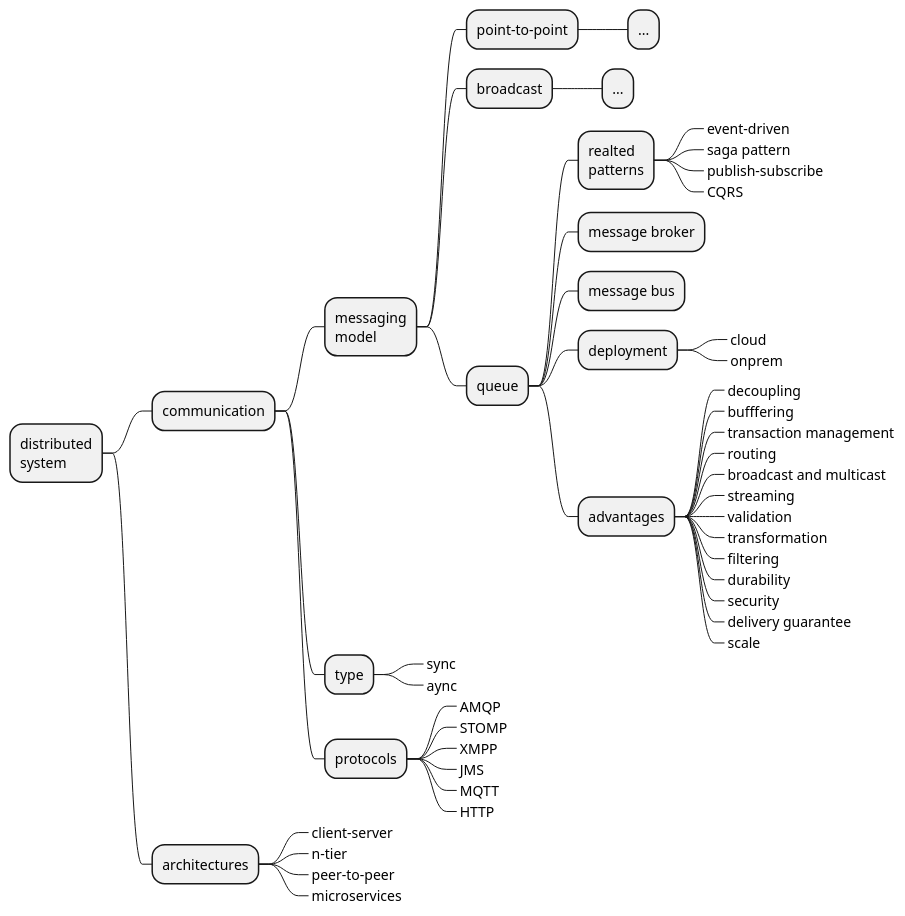
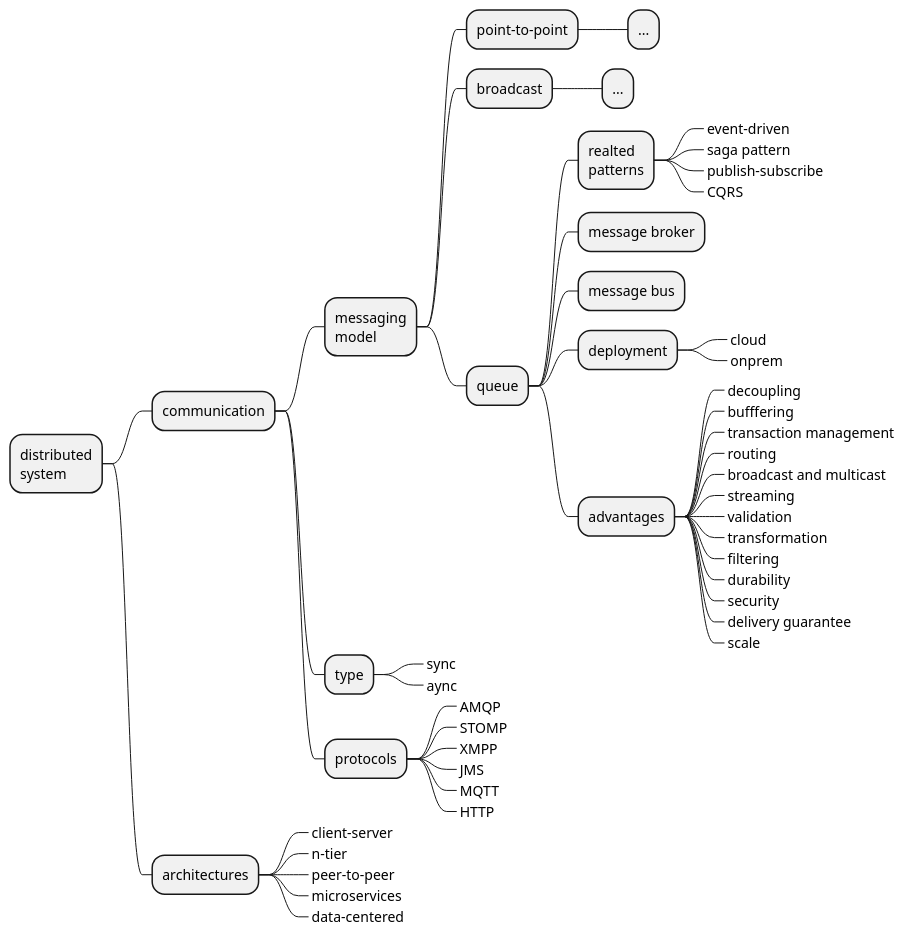
Before and after one commit to levplotkin/messaging-roadmap: the diagram in messaging-roadmap.iuml, drawn with PlantUML.

```diff
--- a/messaging-roadmap.iuml
+++ b/messaging-roadmap.iuml
@@ -1,64 +1,65 @@
 @startmindmap
 
 + distributed\nsystem
 ++ communication
 
 +++ messaging\nmodel
 
 ++++ point-to-point
 +++++ ...
 
 ++++ broadcast
 +++++ ...
 
 ++++ queue
 
 +++++ realted\npatterns
 ++++++_ event-driven
 ++++++_ saga pattern
 ++++++_ publish–subscribe
 ++++++_ CQRS
 
 +++++ message broker
 
 +++++ message bus
 
 +++++ deployment
 ++++++_ cloud
 ++++++_ onprem
 
 
 +++++ advantages
 ++++++_ decoupling
 ++++++_ bufffering
 ++++++_ transaction management
 ++++++_ routing
 ++++++_ broadcast and multicast
 ++++++_ streaming
 ++++++_ validation
 ++++++_ transformation
 ++++++_ filtering
 ++++++_ durability
 ++++++_ security
 ++++++_ delivery guarantee
 ++++++_ scale
 
 +++ type
 ++++_ sync
 ++++_ aync
 
 +++ protocols
 ++++_ AMQP
 ++++_ STOMP
 ++++_ XMPP
 ++++_ JMS
 ++++_ MQTT
 ++++_ HTTP
 
 ++ architectures
 +++_ client–server
 +++_ n-tier
 +++_ peer-to-peer
 +++_ microservices
++++_ data-centered
 
 @endmindmap
```
